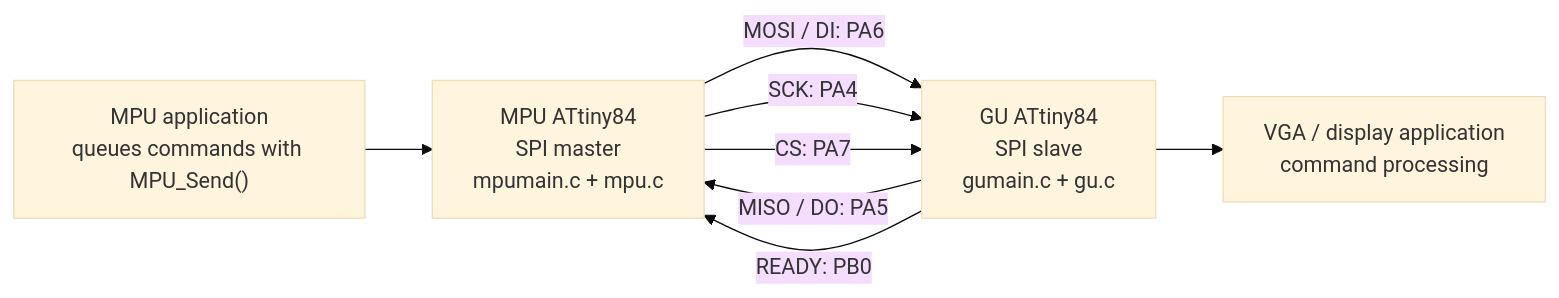
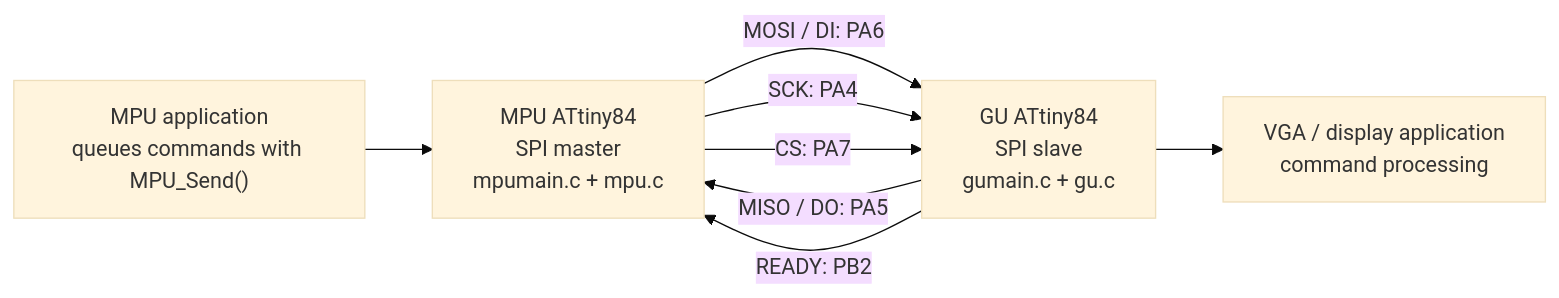
The diagram in README.md (babak2000ir/avr-mpu-gpu), drawn with Mermaid (base theme) before and after one commit. The commit also changed other lines of this file and 3 other files, not shown here.

````diff
--- a/README.md
+++ b/README.md
@@ -26,10 +26,10 @@
 ```mermaid
 flowchart LR
    D["MPU application<br/>queues commands with MPU_Send()"] --> A["MPU ATtiny84<br/>SPI master<br/>mpumain.c + mpu.c"]
    A -->|MOSI / DI: PA6| B["GU ATtiny84<br/>SPI slave<br/>gumain.c + gu.c"]
     B -->|MISO / DO: PA5| A
     A -->|SCK: PA4| B
     A -->|CS: PA7| B
-    B -->|READY: PB0| A
+   B -->|READY: PB2| A
    B --> C["VGA / display application<br/>command processing"]
 ```
````
